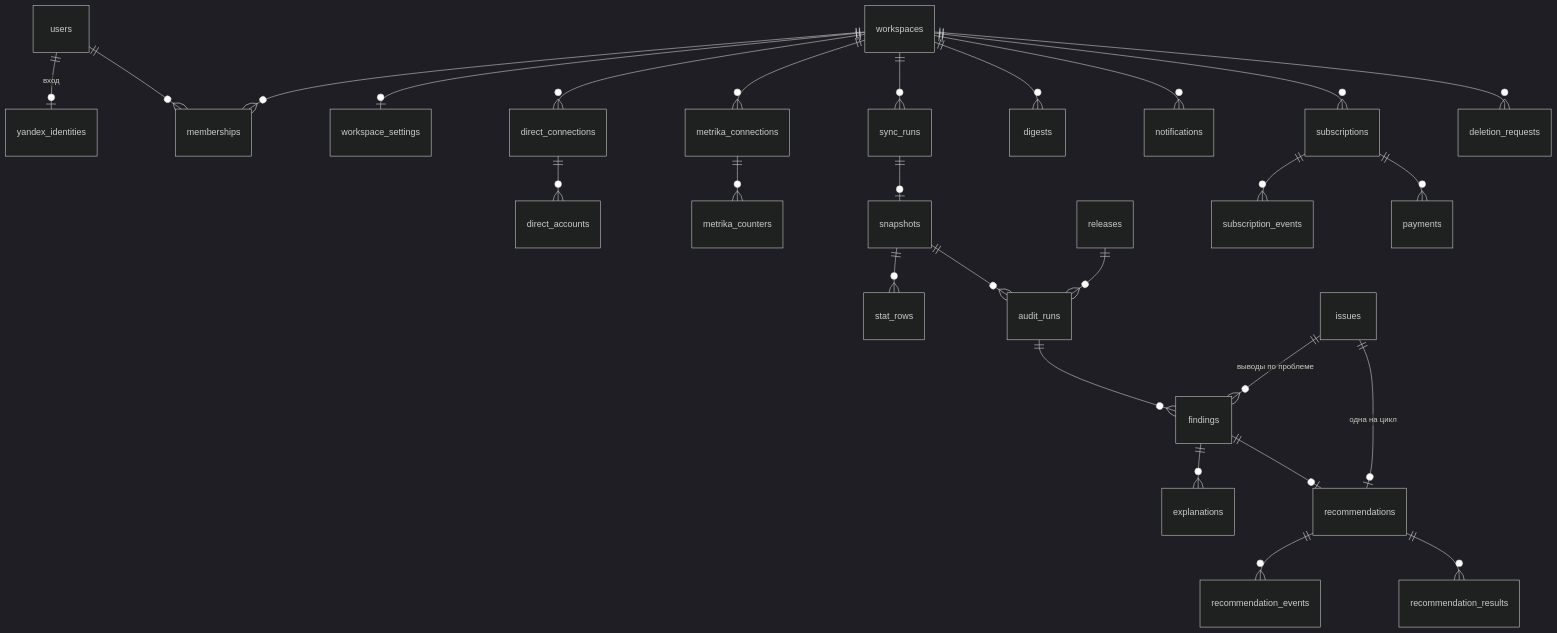
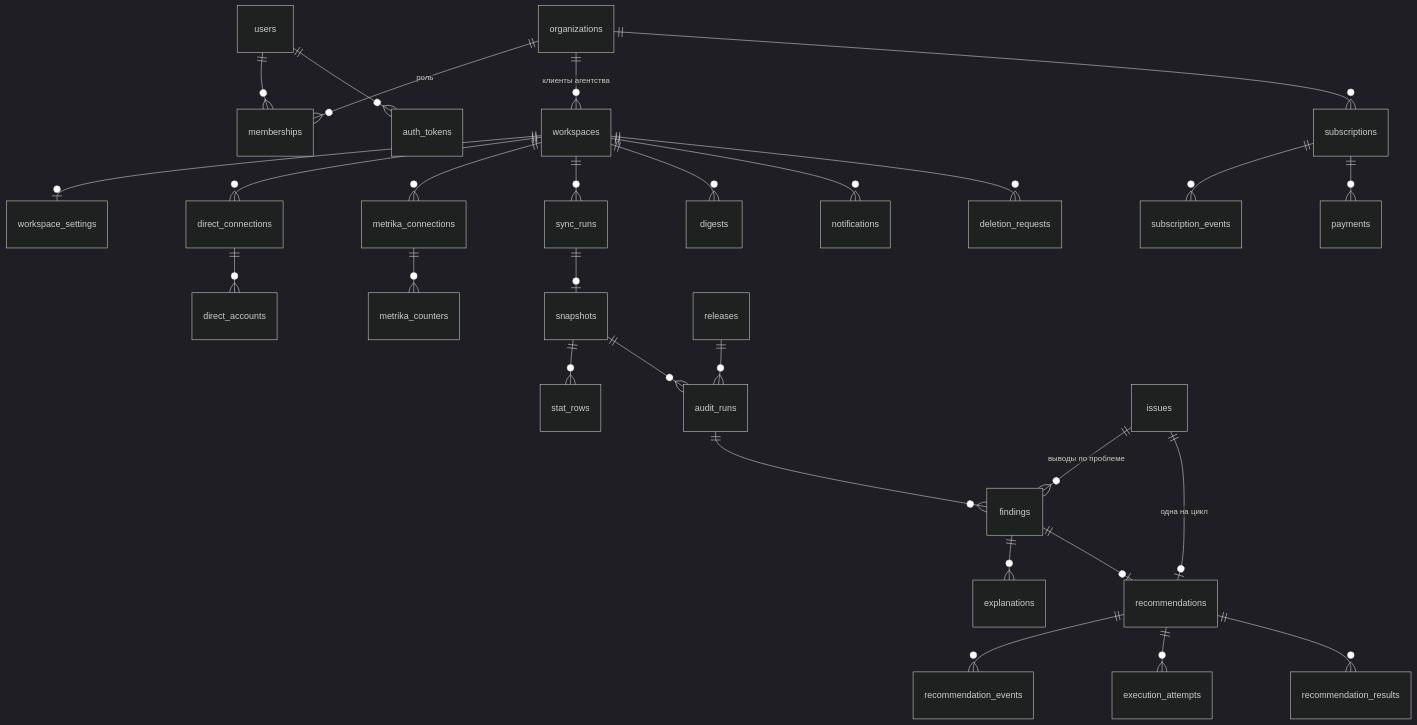
One commit to woorldmun-commits/ai-direct changed the diagram in docs/DATA_MODEL.md. Above: the diagram before and after it, drawn with Mermaid (dark theme). The commit also changed other lines of this file and 3 other files, not shown here.

First line of the commit message:
docs: align architecture, data model, API contract and legal with PRD v1.0

````diff
--- a/docs/DATA_MODEL.md
+++ b/docs/DATA_MODEL.md
@@ -9,29 +9,31 @@
 ```mermaid
 erDiagram
-  users ||--o| yandex_identities : "вход"
   users ||--o{ memberships : ""
-  workspaces ||--o{ memberships : ""
+  users ||--o{ auth_tokens : ""
+  organizations ||--o{ memberships : "роль"
+  organizations ||--o{ workspaces : "клиенты агентства"
+  organizations ||--o{ subscriptions : ""
   workspaces ||--o| workspace_settings : ""
   workspaces ||--o{ direct_connections : ""
   direct_connections ||--o{ direct_accounts : ""
   workspaces ||--o{ metrika_connections : ""
   metrika_connections ||--o{ metrika_counters : ""
   workspaces ||--o{ sync_runs : ""
   sync_runs ||--o| snapshots : ""
   snapshots ||--o{ stat_rows : ""
   snapshots ||--o{ audit_runs : ""
   releases ||--o{ audit_runs : ""
   audit_runs ||--o{ findings : ""
   issues ||--o{ findings : "выводы по проблеме"
   issues ||--o| recommendations : "одна на цикл"
   findings ||--o{ explanations : ""
   findings ||--o| recommendations : ""
   recommendations ||--o{ recommendation_events : ""
+  recommendations ||--o{ execution_attempts : ""
   recommendations ||--o{ recommendation_results : ""
   workspaces ||--o{ digests : ""
   workspaces ||--o{ notifications : ""
-  workspaces ||--o{ subscriptions : ""
   subscriptions ||--o{ subscription_events : ""
   subscriptions ||--o{ payments : ""
   workspaces ||--o{ deletion_requests : ""
 ```
````
